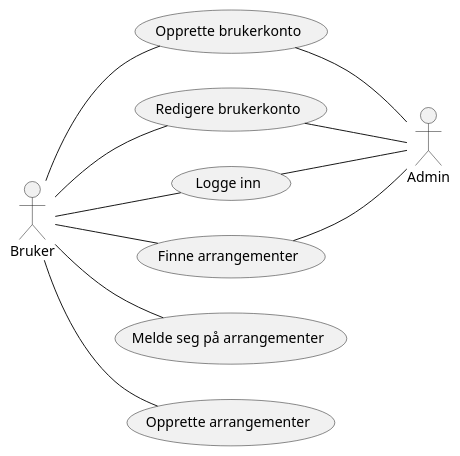
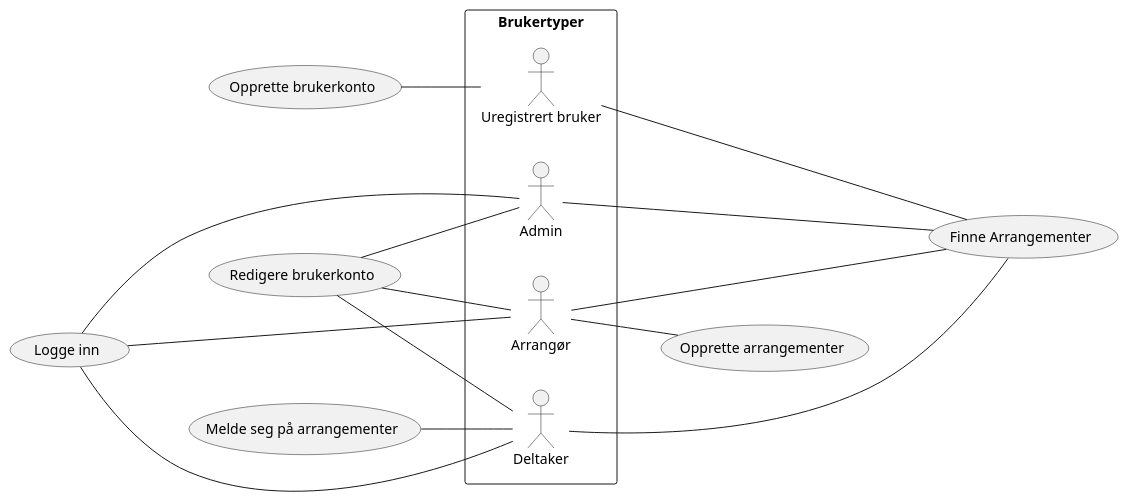
One commit to GossipDolphin/software_prosjekt_18 changed the diagram in diagrammer/use cases/overordnet.puml. Above: the diagram before and after it, drawn with PlantUML.

Commit message:
Tydeligere use case.

```diff
--- a/diagrammer/use cases/overordnet.puml
+++ b/diagrammer/use cases/overordnet.puml
@@ -2,21 +1,31 @@
 @startuml
+left to right direction
 
+rectangle Brukertyper{
 
-:Bruker:
-left to right direction
-Bruker -- (Opprette brukerkonto)
-Bruker -- (Redigere brukerkonto)
-Bruker -- (Logge inn)
-Bruker -- (Finne arrangementer)
-Bruker -- (Melde seg på arrangementer)
-Bruker -- (Opprette arrangementer)
+    :Deltaker:
+    :Arrangør:
+    :Admin:
+    :Uregistrert bruker: as Uregistrert
 
+}
 
-:Admin:
-(Opprette brukerkonto) -- Admin
+Admin --- (Finne Arrangementer)
+Arrangør --- (Finne Arrangementer)
+Deltaker --- (Finne Arrangementer)
+Uregistrert --- (Finne Arrangementer)
+
+(Redigere brukerkonto) -- Deltaker
+(Redigere brukerkonto) -- Arrangør
 (Redigere brukerkonto) -- Admin
-(Logge inn) -- Admin
-(Finne arrangementer) -- Admin
+(Opprette brukerkonto) -- Uregistrert
 
+(Logge inn) --- Deltaker
+(Logge inn) --- Arrangør
+(Logge inn) --- Admin
+
+(Melde seg på arrangementer) -- Deltaker
+
+Arrangør -- (Opprette arrangementer)
 
 @enduml
```
